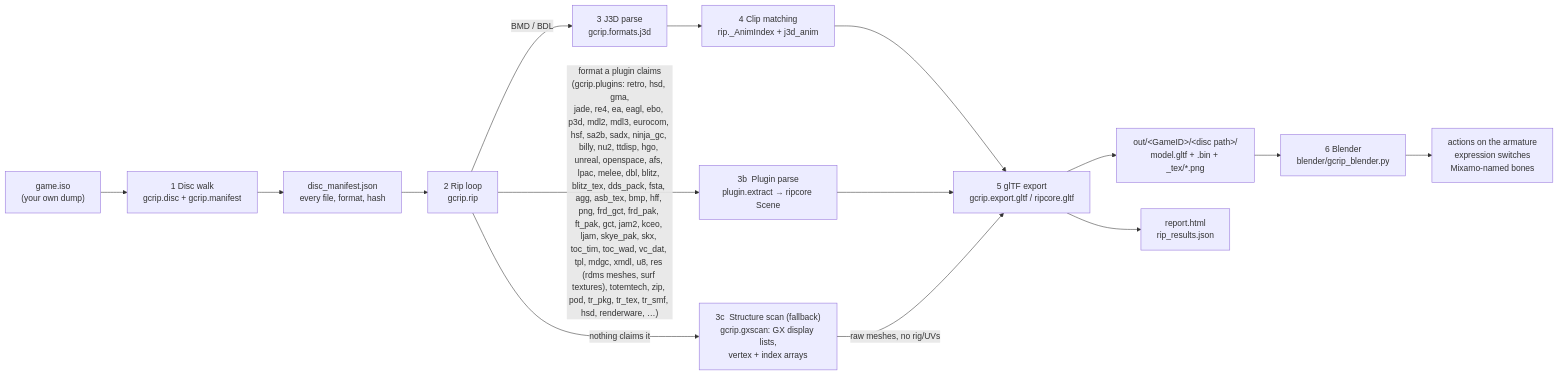
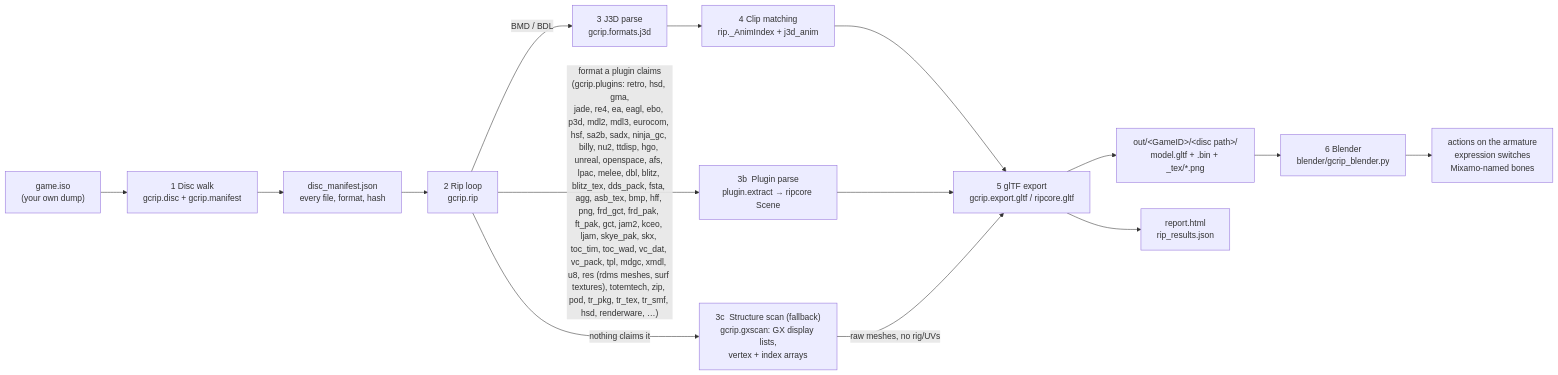
One commit to Felbs/3d-ripper-9000 changed the first of 10 diagrams in docs/PIPELINE.md. Above: the diagram before and after it, drawn with Mermaid. The commit also changed 8 other files, not shown here.

````diff
--- a/docs/PIPELINE.md
+++ b/docs/PIPELINE.md
@@ -11,17 +11,17 @@
 ```mermaid
 flowchart LR
     ISO["game.iso<br/>(your own dump)"] --> WALK["1  Disc walk<br/>gcrip.disc + gcrip.manifest"]
     WALK --> MAN["disc_manifest.json<br/>every file, format, hash"]
     MAN --> RIP["2  Rip loop<br/>gcrip.rip"]
     RIP -->|"BMD / BDL"| J3D["3  J3D parse<br/>gcrip.formats.j3d"]
-    RIP -->|"format a plugin claims<br/>(gcrip.plugins: retro, hsd, gma,<br/>jade, re4, ea, eagl, ebo, p3d, mdl2, mdl3, eurocom, hsf, sa2b, sadx, ninja_gc, billy, nu2, ttdisp, hgo, unreal, openspace, afs, lpac, melee, dbl, blitz, blitz_tex, dds_pack, fsta, agg, asb_tex, bmp, hff, png, frd_gct, frd_pak, ft_pak, gct, jam2, kceo, ljam, skye_pak, skx, toc_tim, toc_wad, vc_dat, tpl, mdgc, xmdl, u8, res (rdms meshes, surf textures), totemtech, zip, pod, tr_pkg, tr_tex, tr_smf, hsd, renderware, …)"| PLUG["3b  Plugin parse<br/>plugin.extract → ripcore Scene"]
+    RIP -->|"format a plugin claims<br/>(gcrip.plugins: retro, hsd, gma,<br/>jade, re4, ea, eagl, ebo, p3d, mdl2, mdl3, eurocom, hsf, sa2b, sadx, ninja_gc, billy, nu2, ttdisp, hgo, unreal, openspace, afs, lpac, melee, dbl, blitz, blitz_tex, dds_pack, fsta, agg, asb_tex, bmp, hff, png, frd_gct, frd_pak, ft_pak, gct, jam2, kceo, ljam, skye_pak, skx, toc_tim, toc_wad, vc_dat, vc_pack, tpl, mdgc, xmdl, u8, res (rdms meshes, surf textures), totemtech, zip, pod, tr_pkg, tr_tex, tr_smf, hsd, renderware, …)"| PLUG["3b  Plugin parse<br/>plugin.extract → ripcore Scene"]
     RIP -->|"nothing claims it"| GX["3c  Structure scan (fallback)<br/>gcrip.gxscan: GX display lists,<br/>vertex + index arrays"]
     J3D --> ANIM["4  Clip matching<br/>rip._AnimIndex + j3d_anim"]
     ANIM --> GLTF["5  glTF export<br/>gcrip.export.gltf / ripcore.gltf"]
     PLUG --> GLTF
     GX -->|"raw meshes, no rig/UVs"| GLTF
     GLTF --> OUT["out/&lt;GameID&gt;/&lt;disc path&gt;/<br/>model.gltf + .bin + _tex/*.png"]
     GLTF --> REP["report.html<br/>rip_results.json"]
     OUT --> BL["6  Blender<br/>blender/gcrip_blender.py"]
     BL --> PLAY["actions on the armature<br/>expression switches<br/>Mixamo-named bones"]
 ```
````
